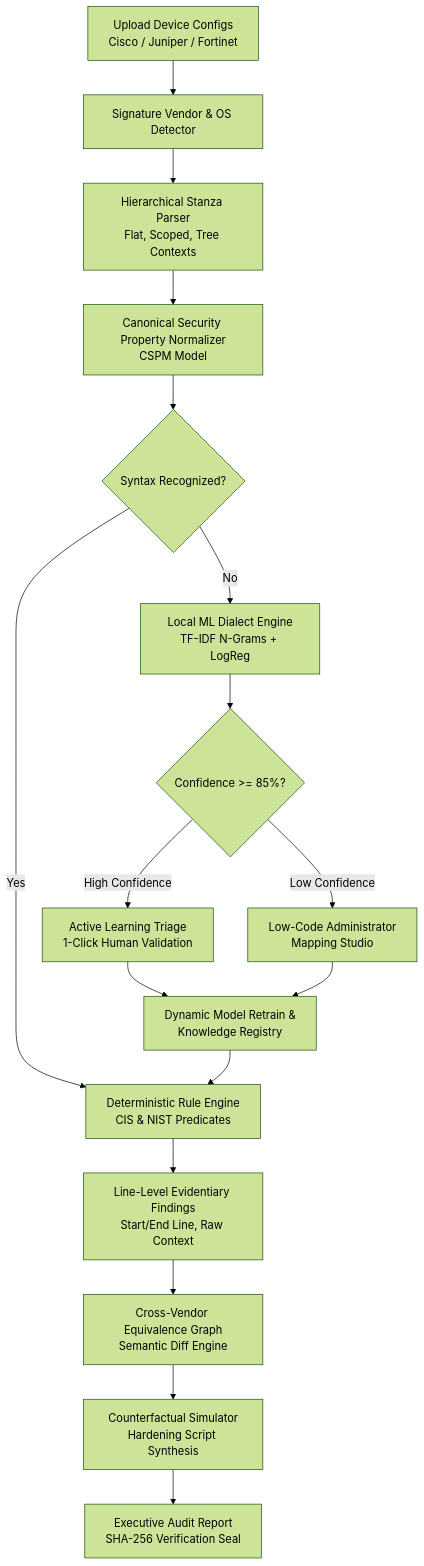
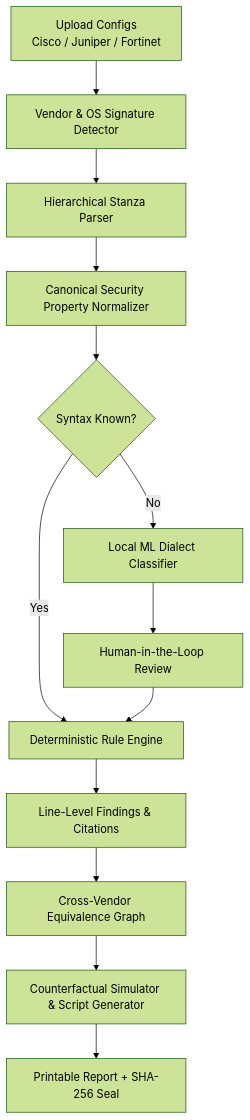
Before and after one commit to Prathamwadiyar/Argusss: the diagram in README.md, drawn with Mermaid (forest theme). The commit also changed other lines of this file, not shown here.

````diff
--- a/README.md
+++ b/README.md
@@ -91,23 +69,18 @@
 ```mermaid
 flowchart TD
-    A[Upload Device Configs\nCisco / Juniper / Fortinet] --> B[Signature Vendor & OS Detector]
-    B --> C[Hierarchical Stanza Parser\nFlat, Scoped, Tree Contexts]
-    C --> D[Canonical Security Property Normalizer\nCSPM Model]
+    A[Upload Configs\nCisco / Juniper / Fortinet] --> B[Vendor & OS Signature Detector]
+    B --> C[Hierarchical Stanza Parser]
+    C --> D[Canonical Security Property Normalizer]
     
-    D --> E{Syntax Recognized?}
-    E -- Yes --> F[Deterministic Rule Engine\nCIS & NIST Predicates]
-    E -- No --> G[Local ML Dialect Engine\nTF-IDF N-Grams + LogReg]
+    D --> E{Syntax Known?}
+    E -- Yes --> F[Deterministic Rule Engine]
+    E -- No --> G[Local ML Dialect Classifier]
     
-    G --> H{Confidence >= 85%?}
-    H -- High Confidence --> I[Active Learning Triage\n1-Click Human Validation]
-    H -- Low Confidence --> J[Low-Code Administrator\nMapping Studio]
+    G --> H[Human-in-the-Loop Review]
+    H --> F
     
-    I --> K[Dynamic Model Retrain &\nKnowledge Registry]
-    J --> K
-    K --> F
-    
-    F --> L[Line-Level Evidentiary Findings\nStart/End Line, Raw Context]
-    L --> M[Cross-Vendor Equivalence Graph\nSemantic Diff Engine]
-    M --> N[Counterfactual Simulator\nHardening Script Synthesis]
-    N --> O[Executive Audit Report\nSHA-256 Verification Seal]
+    F --> I[Line-Level Findings & Citations]
+    I --> J[Cross-Vendor Equivalence Graph]
+    J --> K[Counterfactual Simulator & Script Generator]
+    K --> L[Printable Report + SHA-256 Seal]
 ```
````
